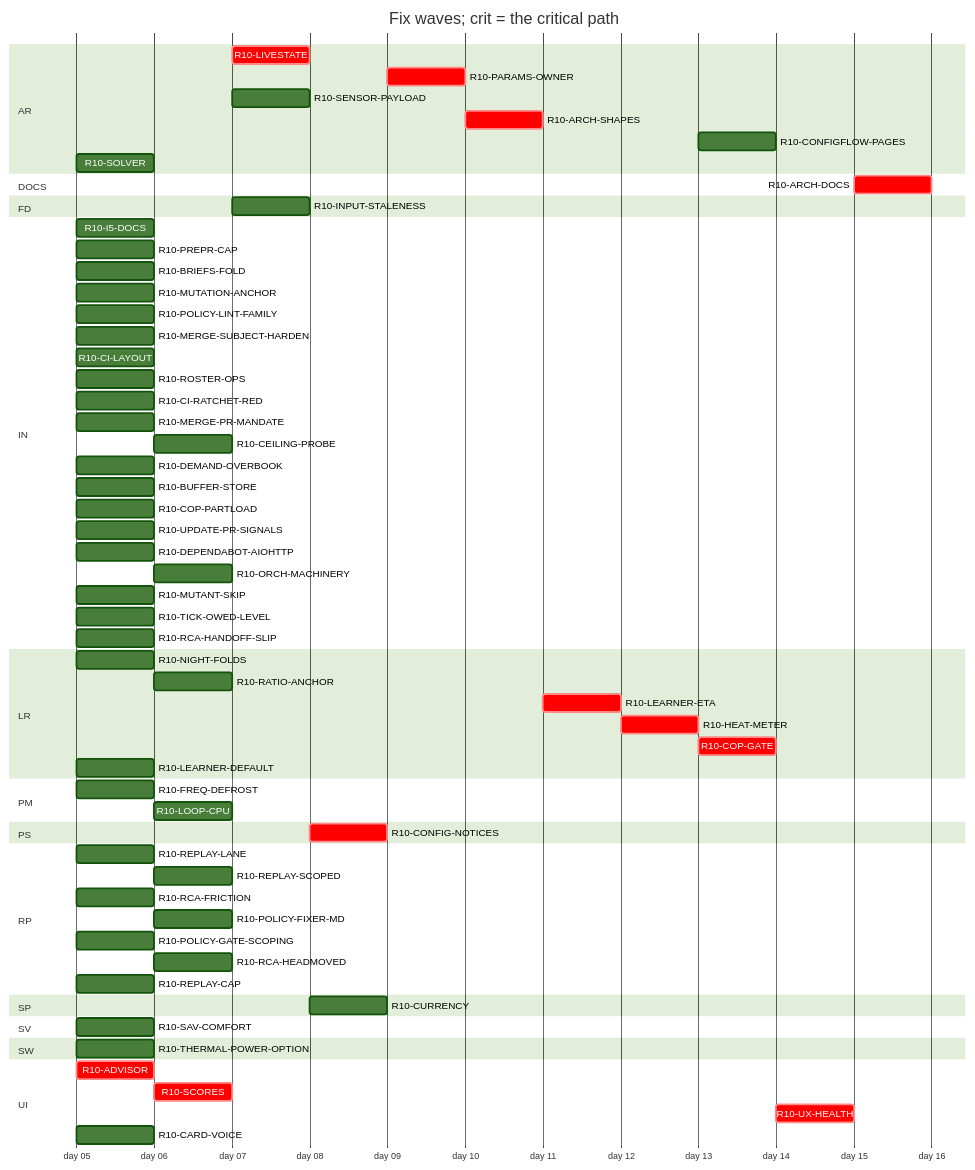
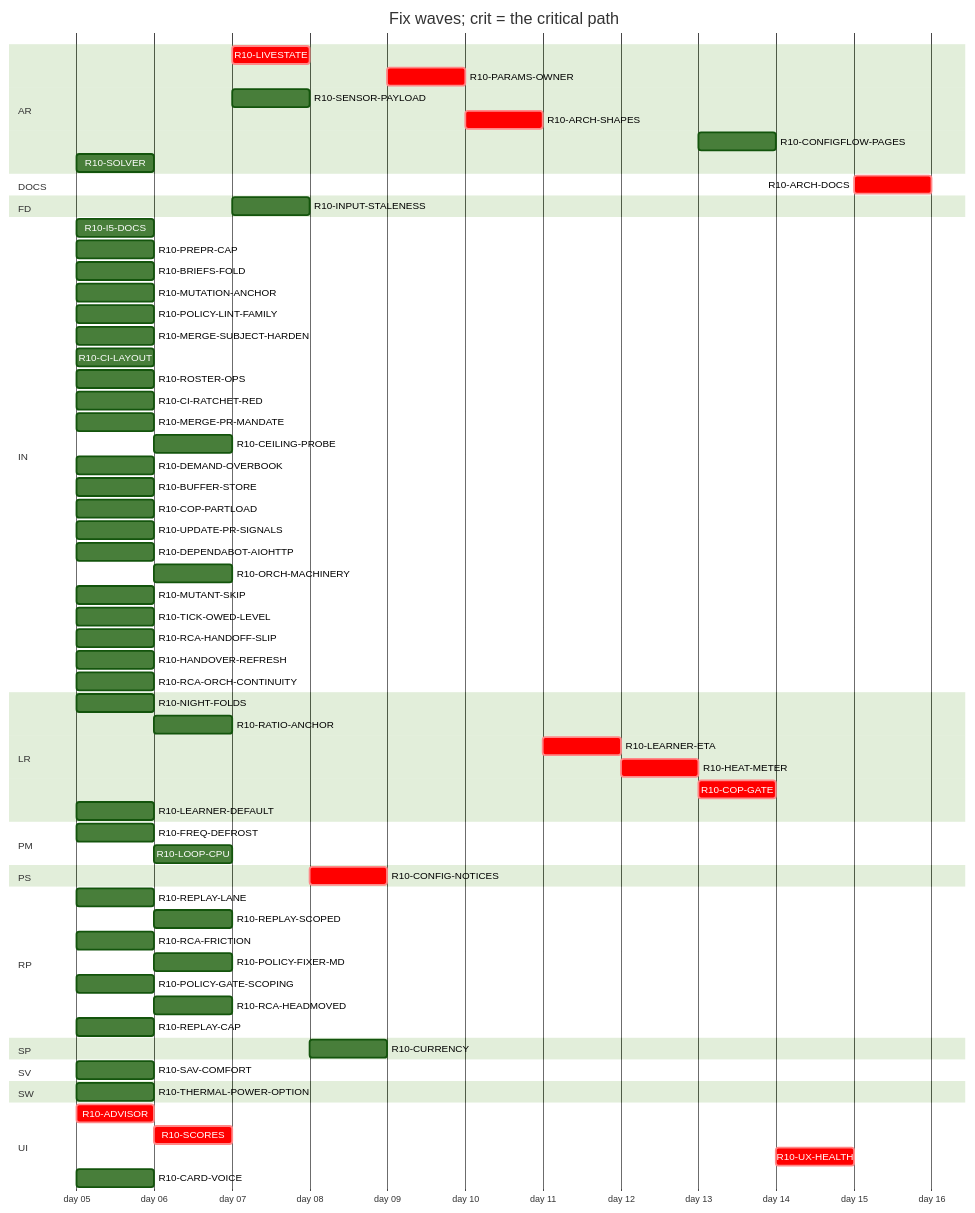
Before and after one commit to tvofi/heatpump_optimizer: the diagram in handoff/round10/state/PLAN-TABLE.md, drawn with Mermaid (forest theme). The commit also changed other lines of this file and 2 other files, not shown here.

````diff
--- a/handoff/round10/state/PLAN-TABLE.md
+++ b/handoff/round10/state/PLAN-TABLE.md
@@ -25,69 +25,71 @@
 ```mermaid
 gantt
   title Fix waves; crit = the critical path
   dateFormat YYYY-MM-DD
   axisFormat day %d
   section AR
     R10-LIVESTATE :crit, r10LIVESTATE, after r10SCORES, 1d
     R10-PARAMS-OWNER :crit, r10PARAMSOWNER, after r10CONFIGNOTICES, 1d
     R10-SENSOR-PAYLOAD :r10SENSORPAYLOAD, after r10SCORES, 1d
     R10-ARCH-SHAPES :crit, r10ARCHSHAPES, after r10PARAMSOWNER r10SENSORPAYLOAD r10FREQDEFROST, 1d
     R10-CONFIGFLOW-PAGES :r10CONFIGFLOWPAGES, after r10HEATMETER, 1d
     R10-SOLVER :r10SOLVER, 2026-01-05, 1d
   section DOCS
     R10-ARCH-DOCS :crit, r10ARCHDOCS, after r10NIGHTFOLDS r10RATIOANCHOR r10INPUTSTALENESS r10CURRENCY r10FREQDEFROST r10LOOPCPU r10ADVISOR r10SCORES r10LIVESTATE r10CONFIGNOTICES r10PARAMSOWNER r10SENSORPAYLOAD r10ARCHSHAPES r10LEARNERETA r10HEATMETER r10COPGATE r10UXHEALTH r10CONFIGFLOWPAGES r10SOLVER r10I5DOCS r10BRIEFSFOLD r10REPLAYLANE r10REPLAYSCOPED, 1d
   section FD
     R10-INPUT-STALENESS :r10INPUTSTALENESS, after r10RATIOANCHOR, 1d
   section IN
     R10-I5-DOCS :r10I5DOCS, 2026-01-05, 1d
     R10-PREPR-CAP :r10PREPRCAP, 2026-01-05, 1d
     R10-BRIEFS-FOLD :r10BRIEFSFOLD, 2026-01-05, 1d
     R10-MUTATION-ANCHOR :r10MUTATIONANCHOR, 2026-01-05, 1d
     R10-POLICY-LINT-FAMILY :r10POLICYLINTFAMILY, 2026-01-05, 1d
     R10-MERGE-SUBJECT-HARDEN :r10MERGESUBJECTHARDEN, 2026-01-05, 1d
     R10-CI-LAYOUT :r10CILAYOUT, 2026-01-05, 1d
     R10-ROSTER-OPS :r10ROSTEROPS, 2026-01-05, 1d
     R10-CI-RATCHET-RED :r10CIRATCHETRED, 2026-01-05, 1d
     R10-MERGE-PR-MANDATE :r10MERGEPRMANDATE, 2026-01-05, 1d
     R10-CEILING-PROBE :r10CEILINGPROBE, after r10CILAYOUT r10NIGHTFOLDS, 1d
     R10-DEMAND-OVERBOOK :r10DEMANDOVERBOOK, 2026-01-05, 1d
     R10-BUFFER-STORE :r10BUFFERSTORE, 2026-01-05, 1d
     R10-COP-PARTLOAD :r10COPPARTLOAD, 2026-01-05, 1d
     R10-UPDATE-PR-SIGNALS :r10UPDATEPRSIGNALS, 2026-01-05, 1d
     R10-DEPENDABOT-AIOHTTP :r10DEPENDABOTAIOHTTP, 2026-01-05, 1d
     R10-ORCH-MACHINERY :r10ORCHMACHINERY, after r10ROSTEROPS r10CILAYOUT, 1d
     R10-MUTANT-SKIP :r10MUTANTSKIP, 2026-01-05, 1d
     R10-TICK-OWED-LEVEL :r10TICKOWEDLEVEL, 2026-01-05, 1d
     R10-RCA-HANDOFF-SLIP :r10RCAHANDOFFSLIP, 2026-01-05, 1d
+    R10-HANDOVER-REFRESH :r10HANDOVERREFRESH, 2026-01-05, 1d
+    R10-RCA-ORCH-CONTINUITY :r10RCAORCHCONTINUITY, 2026-01-05, 1d
   section LR
     R10-NIGHT-FOLDS :r10NIGHTFOLDS, 2026-01-05, 1d
     R10-RATIO-ANCHOR :r10RATIOANCHOR, after r10NIGHTFOLDS, 1d
     R10-LEARNER-ETA :crit, r10LEARNERETA, after r10ARCHSHAPES, 1d
     R10-HEAT-METER :crit, r10HEATMETER, after r10LEARNERETA r10INPUTSTALENESS r10RATIOANCHOR, 1d
     R10-COP-GATE :crit, r10COPGATE, after r10HEATMETER r10SENSORPAYLOAD, 1d
     R10-LEARNER-DEFAULT :r10LEARNERDEFAULT, 2026-01-05, 1d
   section PM
     R10-FREQ-DEFROST :r10FREQDEFROST, 2026-01-05, 1d
     R10-LOOP-CPU :r10LOOPCPU, after r10FREQDEFROST, 1d
   section PS
     R10-CONFIG-NOTICES :crit, r10CONFIGNOTICES, after r10LIVESTATE, 1d
   section RP
     R10-REPLAY-LANE :r10REPLAYLANE, 2026-01-05, 1d
     R10-REPLAY-SCOPED :r10REPLAYSCOPED, after r10REPLAYLANE, 1d
     R10-RCA-FRICTION :r10RCAFRICTION, 2026-01-05, 1d
     R10-POLICY-FIXER-MD :r10POLICYFIXERMD, after r10RCAFRICTION r10BRIEFSFOLD, 1d
     R10-POLICY-GATE-SCOPING :r10POLICYGATESCOPING, 2026-01-05, 1d
     R10-RCA-HEADMOVED :r10RCAHEADMOVED, after r10RCAFRICTION, 1d
     R10-REPLAY-CAP :r10REPLAYCAP, 2026-01-05, 1d
   section SP
     R10-CURRENCY :r10CURRENCY, after r10INPUTSTALENESS, 1d
   section SV
     R10-SAV-COMFORT :r10SAVCOMFORT, 2026-01-05, 1d
   section SW
     R10-THERMAL-POWER-OPTION :r10THERMALPOWEROPTION, 2026-01-05, 1d
   section UI
     R10-ADVISOR :crit, r10ADVISOR, 2026-01-05, 1d
     R10-SCORES :crit, r10SCORES, after r10ADVISOR, 1d
     R10-UX-HEALTH :crit, r10UXHEALTH, after r10SCORES r10COPGATE r10HEATMETER, 1d
     R10-CARD-VOICE :r10CARDVOICE, 2026-01-05, 1d
 ```
````
